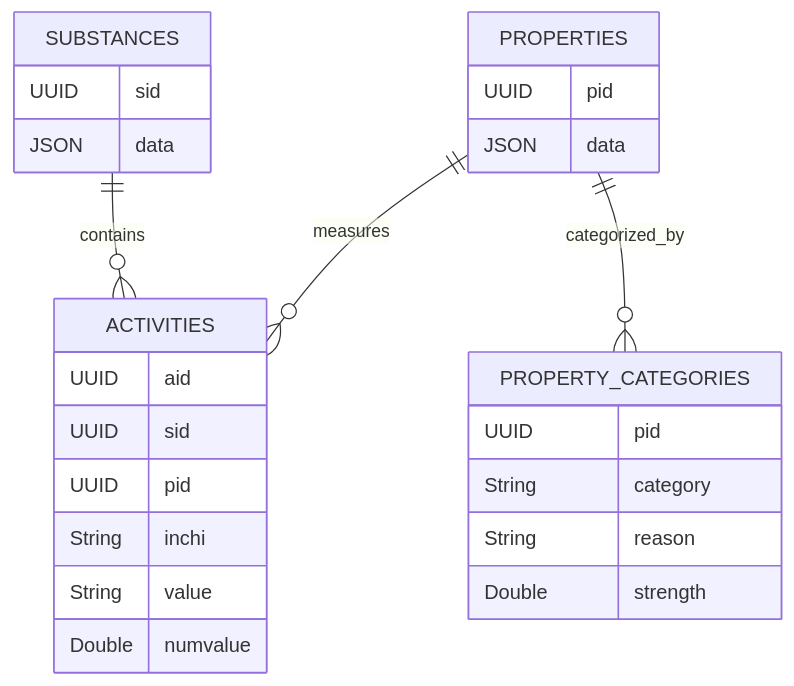
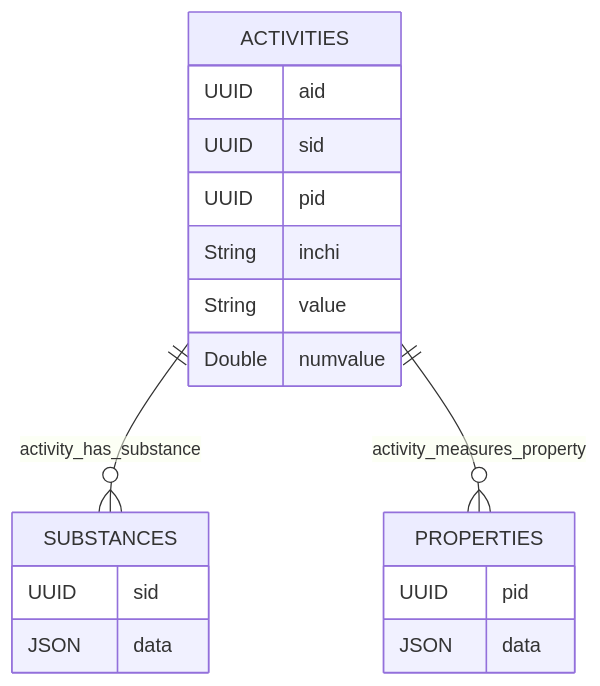
One commit to biobricks-ai/chemharmony changed the diagram in README.md. Above: the diagram before and after it, drawn with Mermaid. The commit also changed other lines of this file, not shown here.

````diff
--- a/README.md
+++ b/README.md
@@ -6,34 +6,26 @@
 ```mermaid
 erDiagram
 
     SUBSTANCES {
         UUID sid
         JSON data
     }
 
     PROPERTIES {
         UUID pid
         JSON data
     }
 
-    PROPERTY_CATEGORIES {
-        UUID pid
-        String category
-        String reason
-        Double strength
-    }
-
     ACTIVITIES {
         UUID aid
         UUID sid
         UUID pid
         String inchi
         String value
         Double numvalue
     }
 
-    SUBSTANCES ||--o{ ACTIVITIES : contains
-    PROPERTIES ||--o{ ACTIVITIES : measures
-    PROPERTIES ||--o{ PROPERTY_CATEGORIES : categorized_by
+    ACTIVITIES ||--o{ SUBSTANCES : activity_has_substance
+    ACTIVITIES ||--o{ PROPERTIES : activity_measures_property
 
 ```
````
